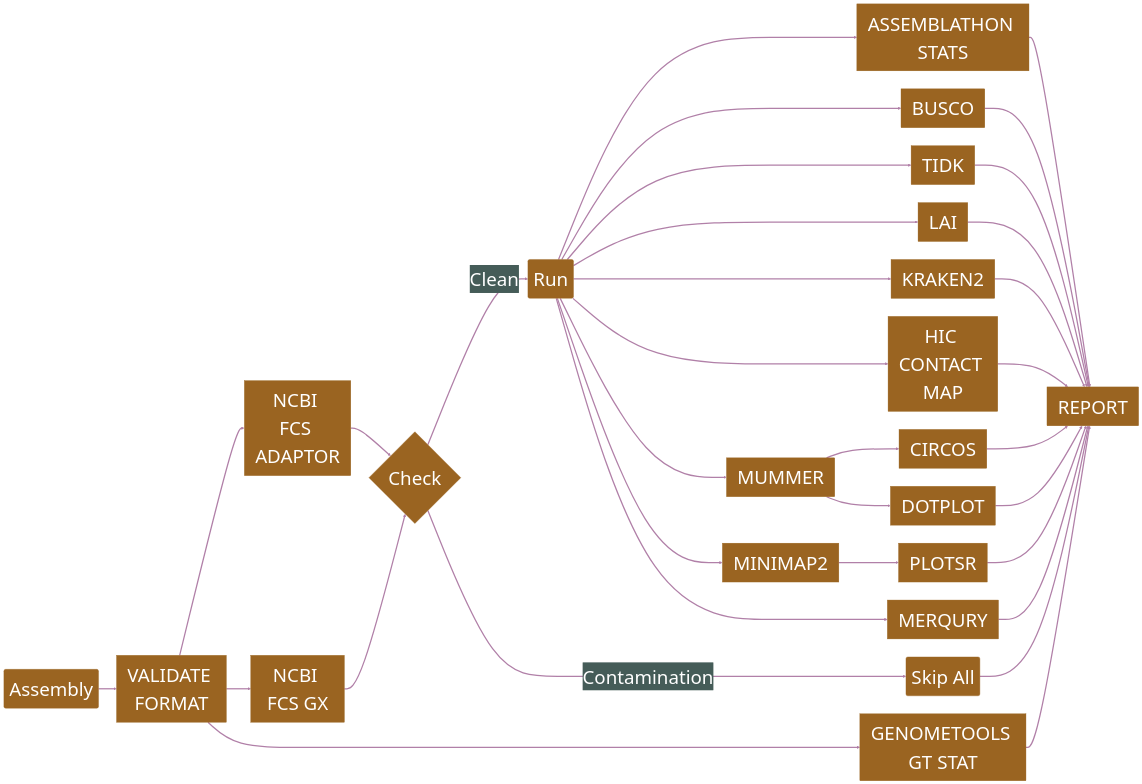
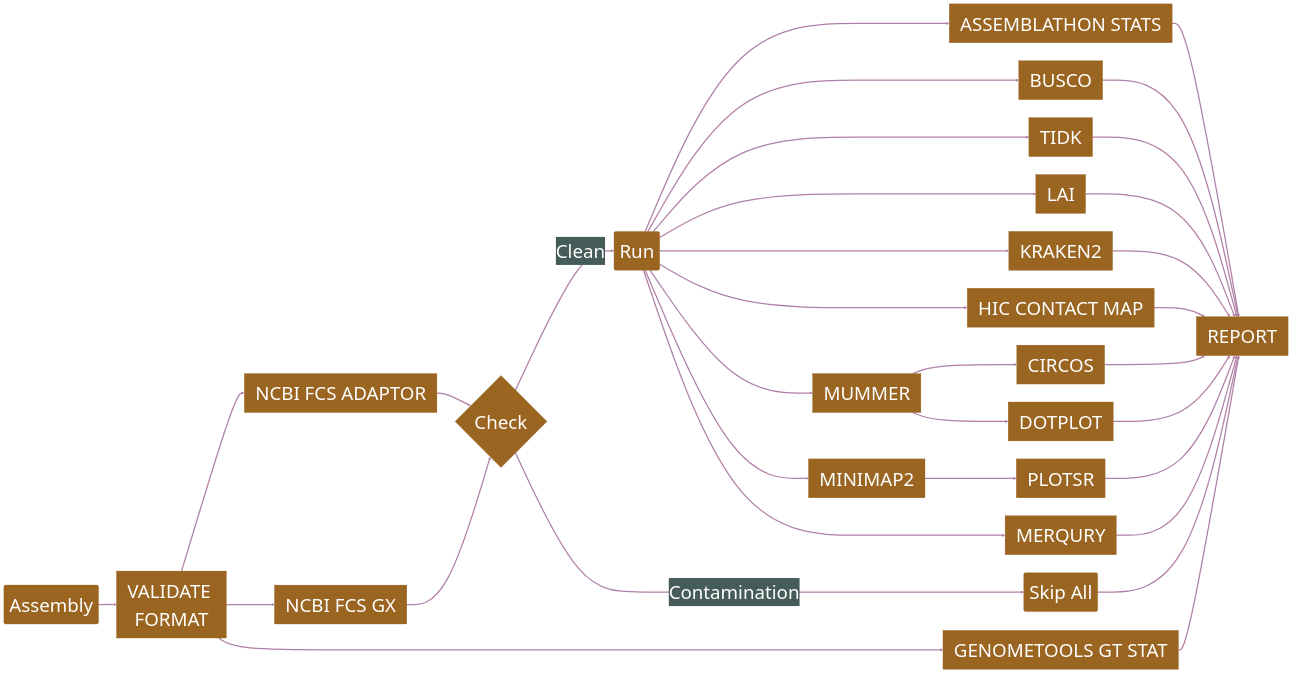
Before and after one commit to Plant-Food-Research-Open/assemblyqc: the diagram in README.md, drawn with Mermaid. The commit also changed 1 other file, not shown here.

Commit message:
Formatted mermaid chart

````diff
--- a/README.md
+++ b/README.md
@@ -17,55 +17,55 @@
 ```mermaid
 %%{init: {
     'theme': 'base',
     'themeVariables': {
     'fontSize': '52px",
     'primaryColor': '#9A6421',
     'primaryTextColor': '#ffffff',
     'primaryBorderColor': '#9A6421',
     'lineColor': '#B180A8',
     'secondaryColor': '#455C58',
     'tertiaryColor': '#ffffff'
   }
 }}%%
 flowchart LR
   forEachTag(Assembly) ==> VALIDATE_FORMAT[VALIDATE FORMAT]
 
-  VALIDATE_FORMAT ==> ncbiFCS[NCBI FCS ADAPTOR]
+  VALIDATE_FORMAT ==> ncbiFCS[<span style="white-space: nowrap;">NCBI FCS ADAPTOR</span>]
   ncbiFCS ==> Check{Check}
 
-  VALIDATE_FORMAT ==> ncbiGX[NCBI FCS GX]
+  VALIDATE_FORMAT ==> ncbiGX[<span style="white-space: nowrap;">NCBI FCS GX</span>]
   ncbiGX ==> Check
   Check ==> |Clean|Run(Run)
 
   Check ==> |Contamination|Skip(Skip All)
   Skip ==> REPORT
 
-  VALIDATE_FORMAT ==> GFF_STATS[GENOMETOOLS GT STAT]
+  VALIDATE_FORMAT ==> GFF_STATS[<span style="white-space: nowrap;">GENOMETOOLS GT STAT</span>]
 
-  Run ==> ASS_STATS[ASSEMBLATHON STATS]
+  Run ==> ASS_STATS[<span style="white-space: nowrap;">ASSEMBLATHON STATS</span>]
   Run ==> BUSCO
   Run ==> TIDK
   Run ==> LAI
   Run ==> KRAKEN2
-  Run ==> HIC_CONTACT_MAP[HIC CONTACT MAP]
+  Run ==> HIC_CONTACT_MAP[<span style="white-space: nowrap;">HIC CONTACT MAP</span>]
   Run ==> MUMMER
   Run ==> MINIMAP2
   Run ==> MERQURY
 
   MUMMER ==> CIRCOS
   MUMMER ==> DOTPLOT
 
   MINIMAP2 ==> PLOTSR
 
   ASS_STATS ==> REPORT
   GFF_STATS ==> REPORT
   BUSCO ==> REPORT
   TIDK ==> REPORT
   LAI ==> REPORT
   KRAKEN2 ==> REPORT
   HIC_CONTACT_MAP ==> REPORT
   CIRCOS ==> REPORT
   DOTPLOT ==> REPORT
   PLOTSR ==> REPORT
   MERQURY ==> REPORT
 ```
````
